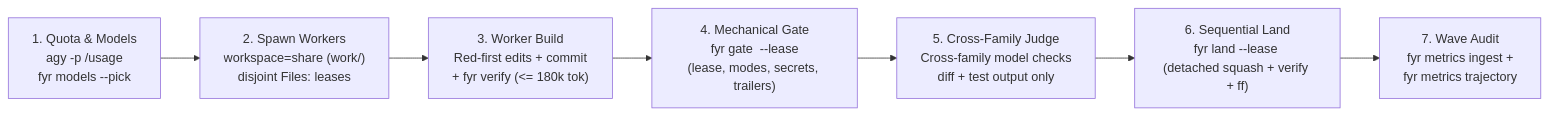
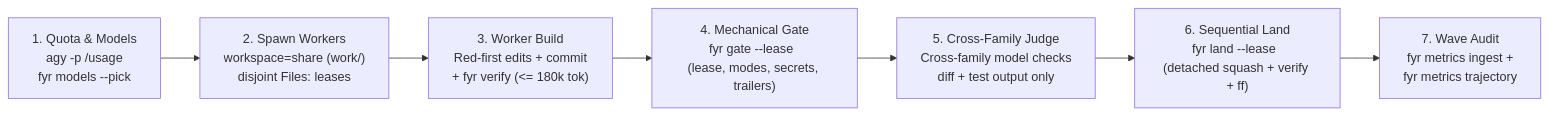
Before and after one commit to kesokaj/fyr: the fifth of 6 diagrams in Workflow.md, drawn with Mermaid. The commit also changed 11 other files, not shown here.

````diff
--- a/Workflow.md
+++ b/Workflow.md
@@ -247,9 +247,9 @@
 ```mermaid
 flowchart LR
     quota["1. Quota & Models\nagy -p /usage\nfyr models --pick"] --> spawn["2. Spawn Workers\nworkspace=share (work/<name>)\ndisjoint Files: leases"]
     spawn --> build["3. Worker Build\nRed-first edits + commit\n+ fyr verify (<= 180k tok)"]
-    build --> gate["4. Mechanical Gate\nfyr gate <worktree> --lease\n(lease, modes, secrets, trailers)"]
+    build --> gate["4. Mechanical Gate\nfyr gate --lease <glob> <worktree>\n(lease, modes, secrets, trailers)"]
     gate --> judge["5. Cross-Family Judge\nCross-family model checks\ndiff + test output only"]
-    judge --> land["6. Sequential Land\nfyr land --lease <branch>\n(detached squash + verify + ff)"]
+    judge --> land["6. Sequential Land\nfyr land --lease <glob> <branch>\n(detached squash + verify + ff)"]
     land --> knee["7. Wave Audit\nfyr metrics ingest +\nfyr metrics trajectory"]
 ```
````
